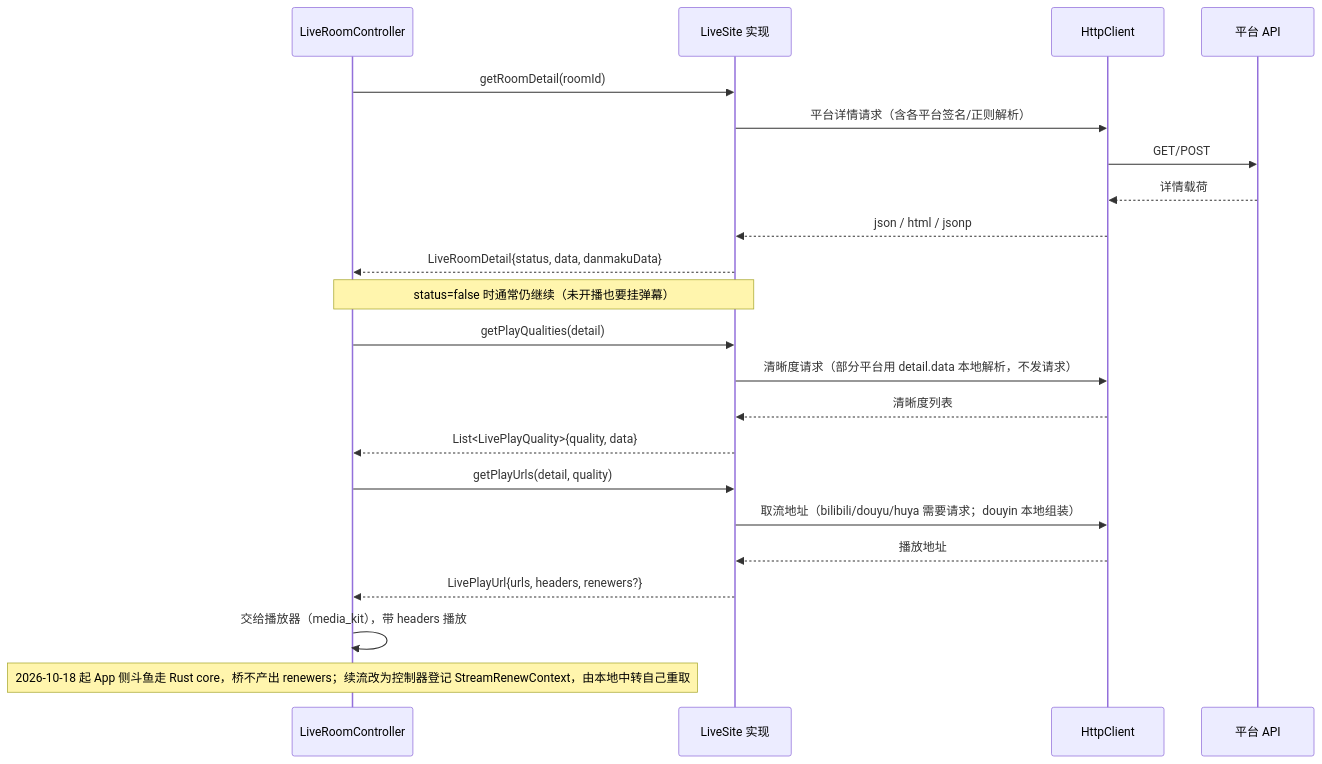
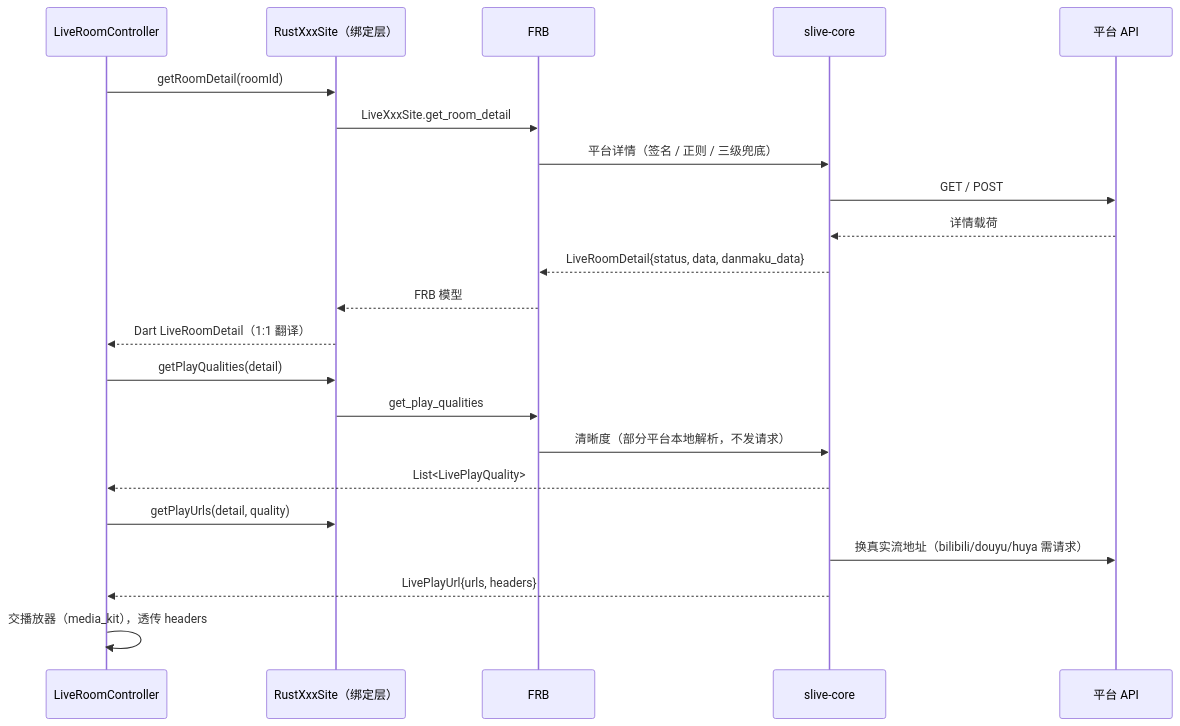
The second of 12 diagrams in simple_live_core/doc/workflow-diagram.md (gaoxing64/dart_simple_live), drawn with Mermaid before and after one commit. The commit also changed other lines of this file and 8 other files, not shown here.

First line of the commit message:
docs(core): 知识库五件套同步至 Rust 架构

````diff
--- a/simple_live_core/doc/workflow-diagram.md
+++ b/simple_live_core/doc/workflow-diagram.md
@@ -58,25 +56,25 @@
 ```mermaid
 sequenceDiagram
     participant C as LiveRoomController
-    participant S as LiveSite 实现
-    participant H as HttpClient
+    participant B as RustXxxSite（绑定层）
+    participant F as FRB
+    participant S as slive-core
     participant A as 平台 API
 
-    C->>S: getRoomDetail(roomId)
-    S->>H: 平台详情请求（含各平台签名/正则解析）
-    H->>A: GET/POST
-    A-->>H: 详情载荷
-    H-->>S: json / html / jsonp
-    S-->>C: LiveRoomDetail{status, data, danmakuData}
-    Note over C,S: status=false 时通常仍继续（未开播也要挂弹幕）
-    C->>S: getPlayQualities(detail)
-    S->>H: 清晰度请求（部分平台用 detail.data 本地解析，不发请求）
-    H-->>S: 清晰度列表
-    S-->>C: List<LivePlayQuality>{quality, data}
-    C->>S: getPlayUrls(detail, quality)
-    S->>H: 取流地址（bilibili/douyu/huya 需要请求；douyin 本地组装）
-    H-->>S: 播放地址
-    S-->>C: LivePlayUrl{urls, headers, renewers?}
-    C->>C: 交给播放器（media_kit），带 headers 播放
-    Note over C: 2026-10-18 起 App 侧斗鱼走 Rust core，桥不产出 renewers；续流改为控制器登记 StreamRenewContext，由本地中转自己重取
+    C->>B: getRoomDetail(roomId)
+    B->>F: LiveXxxSite.get_room_detail
+    F->>S: 平台详情（签名 / 正则 / 三级兜底）
+    S->>A: GET / POST
+    A-->>S: 详情载荷
+    S-->>F: LiveRoomDetail{status, data, danmaku_data}
+    F-->>B: FRB 模型
+    B-->>C: Dart LiveRoomDetail（1:1 翻译）
+    C->>B: getPlayQualities(detail)
+    B->>F: get_play_qualities
+    F->>S: 清晰度（部分平台本地解析，不发请求）
+    S-->>C: List<LivePlayQuality>
+    C->>B: getPlayUrls(detail, quality)
+    S->>A: 换真实流地址（bilibili/douyu/huya 需请求）
+    S-->>C: LivePlayUrl{urls, headers}
+    C->>C: 交播放器（media_kit），透传 headers
 ```
````
